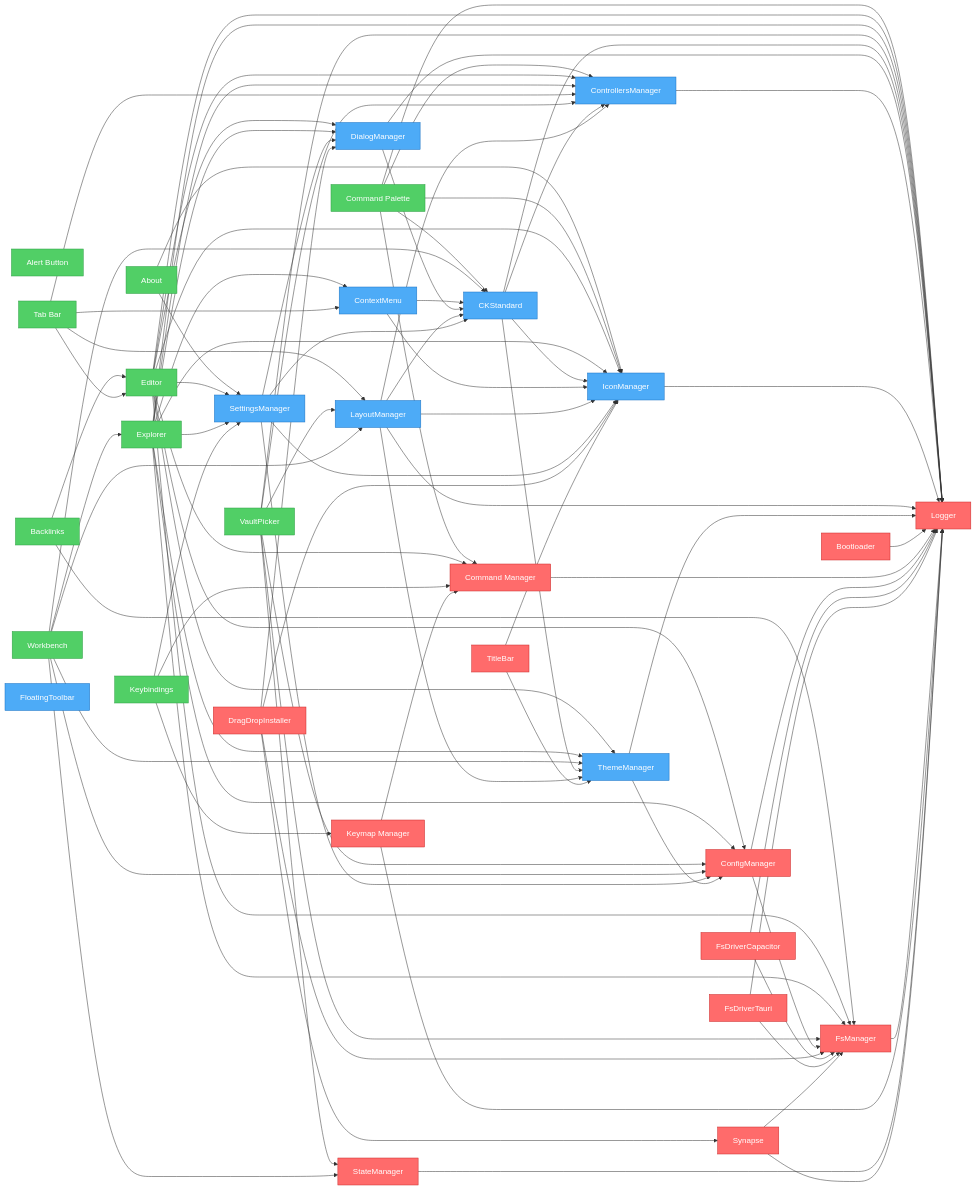
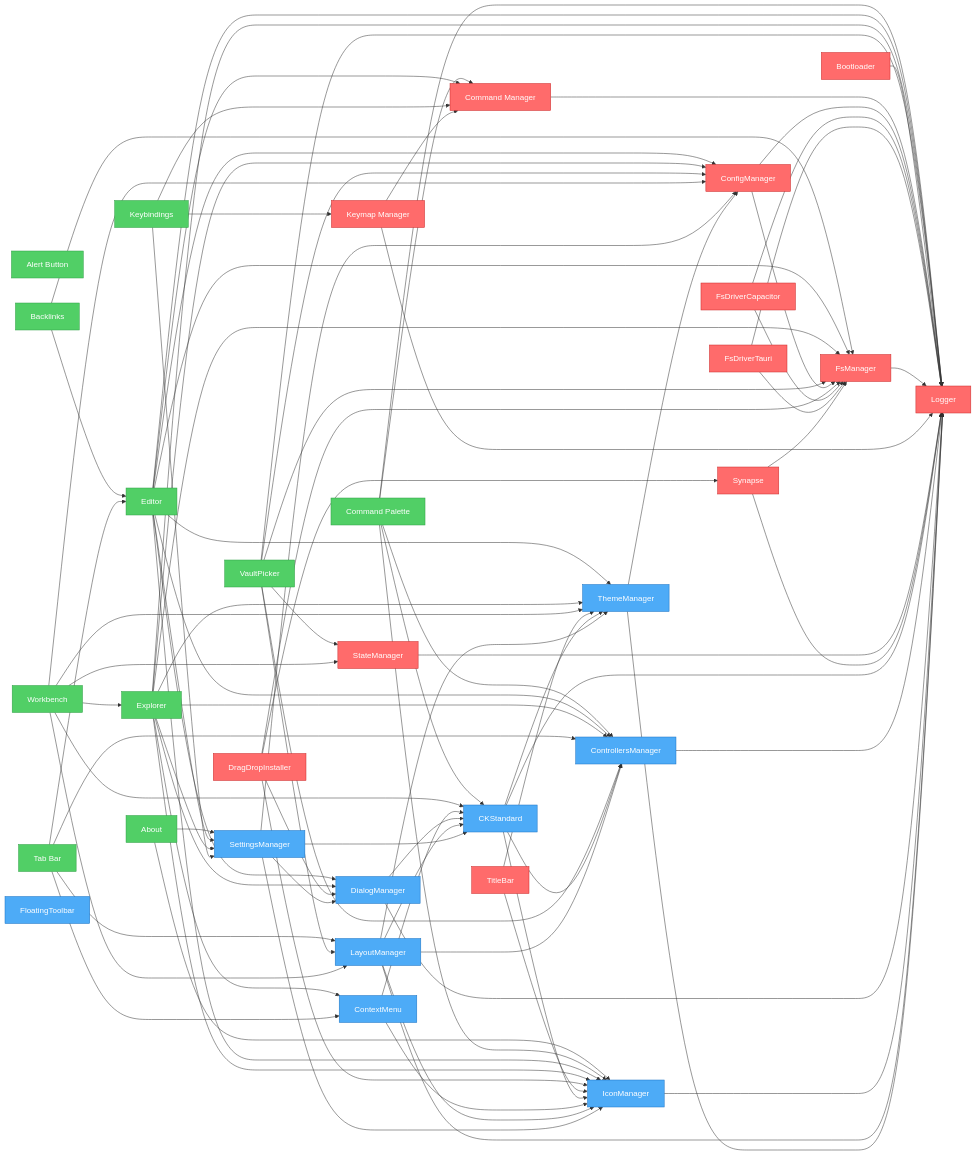
The diagram in artifacts/graph.mmd (khton-tech/notehub.md), drawn with Mermaid before and after one commit. The commit also changed 38 other files, not shown here.

Commit message:
feat: Introduce core editor layout, settings UI, and several new plugins including P2P sync, alert button, and keybindings.

```diff
--- a/artifacts/graph.mmd
+++ b/artifacts/graph.mmd
@@ -1,128 +1,128 @@
 flowchart LR
     nh_features_about["About"]
     nh_features_alert-button["Alert Button"]
+    nh_features_backlinks["Backlinks"]
     nh_features_command-palette["Command Palette"]
-    nh_features_backlinks["Backlinks"]
     nh_features_editor["Editor"]
     nh_features_explorer["Explorer"]
     nh_features_keybindings["Keybindings"]
     nh_features_tabbar["Tab Bar"]
     nh_features_vault-picker["VaultPicker"]
     nh_features_workbench["Workbench"]
-    nh_ui_ck-standard["CKStandard"]
-    nh_ui_context-menu["ContextMenu"]
-    nh_ui_dialog-manager["DialogManager"]
-    nh_ui_controllers-manager["ControllersManager"]
-    nh_ui_floating-toolbar["FloatingToolbar"]
-    nh_ui_icon-manager["IconManager"]
-    nh_ui_layout-manager["LayoutManager"]
-    nh_ui_settings-manager["SettingsManager"]
-    nh_ui_theme-manager["ThemeManager"]
     nh_system_bootloader["Bootloader"]
     nh_system_command-manager["Command Manager"]
     nh_system_config-manager["ConfigManager"]
     nh_system_drag-drop["DragDropInstaller"]
     nh_system_fs-driver-capacitor["FsDriverCapacitor"]
     nh_system_fs-driver-tauri["FsDriverTauri"]
     nh_system_fs-manager["FsManager"]
     nh_system_keymap["Keymap Manager"]
+    nh_system_state-manager["StateManager"]
     nh_system_logger["Logger"]
-    nh_system_state-manager["StateManager"]
     nh_system_synapse["Synapse"]
     nh_system_titlebar["TitleBar"]
+    nh_ui_ck-standard["CKStandard"]
+    nh_ui_context-menu["ContextMenu"]
+    nh_ui_controllers-manager["ControllersManager"]
+    nh_ui_dialog-manager["DialogManager"]
+    nh_ui_floating-toolbar["FloatingToolbar"]
+    nh_ui_icon-manager["IconManager"]
+    nh_ui_layout-manager["LayoutManager"]
+    nh_ui_settings-manager["SettingsManager"]
+    nh_ui_theme-manager["ThemeManager"]
     nh_features_about --> nh_ui_settings-manager
     nh_features_about --> nh_ui_icon-manager
+    nh_features_backlinks --> nh_features_editor
+    nh_features_backlinks --> nh_system_fs-manager
     nh_features_command-palette --> nh_system_command-manager
     nh_features_command-palette --> nh_system_logger
     nh_features_command-palette --> nh_ui_controllers-manager
     nh_features_command-palette --> nh_ui_ck-standard
     nh_features_command-palette --> nh_ui_icon-manager
-    nh_features_backlinks --> nh_features_editor
-    nh_features_backlinks --> nh_system_fs-manager
     nh_features_editor --> nh_system_config-manager
     nh_features_editor --> nh_system_command-manager
     nh_features_editor --> nh_ui_settings-manager
     nh_features_editor --> nh_system_fs-manager
     nh_features_editor --> nh_system_logger
     nh_features_editor --> nh_ui_controllers-manager
     nh_features_editor --> nh_ui_dialog-manager
     nh_features_editor --> nh_ui_icon-manager
     nh_features_editor --> nh_ui_theme-manager
     nh_features_explorer --> nh_system_config-manager
     nh_features_explorer --> nh_ui_settings-manager
     nh_features_explorer --> nh_system_fs-manager
     nh_features_explorer --> nh_system_logger
     nh_features_explorer --> nh_ui_controllers-manager
     nh_features_explorer --> nh_ui_icon-manager
     nh_features_explorer --> nh_ui_theme-manager
     nh_features_explorer --> nh_ui_context-menu
     nh_features_explorer --> nh_ui_dialog-manager
     nh_features_keybindings --> nh_ui_settings-manager
     nh_features_keybindings --> nh_system_command-manager
     nh_features_keybindings --> nh_system_keymap
     nh_features_tabbar --> nh_features_editor
     nh_features_tabbar --> nh_ui_controllers-manager
     nh_features_tabbar --> nh_ui_layout-manager
     nh_features_tabbar --> nh_ui_context-menu
     nh_features_vault-picker --> nh_system_fs-manager
     nh_features_vault-picker --> nh_system_config-manager
     nh_features_vault-picker --> nh_system_state-manager
     nh_features_vault-picker --> nh_system_logger
     nh_features_vault-picker --> nh_ui_controllers-manager
     nh_features_vault-picker --> nh_ui_layout-manager
     nh_features_workbench --> nh_system_config-manager
     nh_features_workbench --> nh_ui_layout-manager
     nh_features_workbench --> nh_ui_theme-manager
     nh_features_workbench --> nh_ui_ck-standard
     nh_features_workbench --> nh_system_state-manager
     nh_features_workbench --> nh_features_explorer
-    nh_ui_ck-standard --> nh_system_logger
-    nh_ui_ck-standard --> nh_ui_controllers-manager
-    nh_ui_ck-standard --> nh_ui_icon-manager
-    nh_ui_ck-standard --> nh_ui_theme-manager
-    nh_ui_context-menu --> nh_ui_icon-manager
-    nh_ui_context-menu --> nh_ui_ck-standard
-    nh_ui_dialog-manager --> nh_system_logger
-    nh_ui_dialog-manager --> nh_ui_ck-standard
-    nh_ui_controllers-manager --> nh_system_logger
-    nh_ui_icon-manager --> nh_system_logger
-    nh_ui_layout-manager --> nh_system_logger
-    nh_ui_layout-manager --> nh_ui_theme-manager
-    nh_ui_layout-manager --> nh_ui_icon-manager
-    nh_ui_layout-manager --> nh_ui_controllers-manager
-    nh_ui_layout-manager --> nh_ui_ck-standard
-    nh_ui_settings-manager --> nh_system_config-manager
-    nh_ui_settings-manager --> nh_ui_ck-standard
-    nh_ui_settings-manager --> nh_ui_icon-manager
-    nh_ui_settings-manager --> nh_ui_dialog-manager
-    nh_ui_theme-manager --> nh_system_logger
-    nh_ui_theme-manager --> nh_system_config-manager
     nh_system_bootloader --> nh_system_logger
     nh_system_command-manager --> nh_system_logger
     nh_system_config-manager --> nh_system_logger
     nh_system_config-manager --> nh_system_fs-manager
     nh_system_drag-drop --> nh_ui_icon-manager
     nh_system_drag-drop --> nh_ui_dialog-manager
     nh_system_drag-drop --> nh_system_fs-manager
     nh_system_drag-drop --> nh_system_synapse
     nh_system_fs-driver-capacitor --> nh_system_logger
     nh_system_fs-driver-capacitor --> nh_system_fs-manager
     nh_system_fs-driver-tauri --> nh_system_logger
     nh_system_fs-driver-tauri --> nh_system_fs-manager
     nh_system_fs-manager --> nh_system_logger
     nh_system_keymap --> nh_system_command-manager
     nh_system_keymap --> nh_system_logger
     nh_system_state-manager --> nh_system_logger
     nh_system_synapse --> nh_system_fs-manager
     nh_system_synapse --> nh_system_logger
     nh_system_titlebar --> nh_ui_icon-manager
     nh_system_titlebar --> nh_ui_theme-manager
+    nh_ui_ck-standard --> nh_system_logger
+    nh_ui_ck-standard --> nh_ui_controllers-manager
+    nh_ui_ck-standard --> nh_ui_icon-manager
+    nh_ui_ck-standard --> nh_ui_theme-manager
+    nh_ui_context-menu --> nh_ui_icon-manager
+    nh_ui_context-menu --> nh_ui_ck-standard
+    nh_ui_controllers-manager --> nh_system_logger
+    nh_ui_dialog-manager --> nh_system_logger
+    nh_ui_dialog-manager --> nh_ui_ck-standard
+    nh_ui_icon-manager --> nh_system_logger
+    nh_ui_layout-manager --> nh_system_logger
+    nh_ui_layout-manager --> nh_ui_theme-manager
+    nh_ui_layout-manager --> nh_ui_icon-manager
+    nh_ui_layout-manager --> nh_ui_controllers-manager
+    nh_ui_layout-manager --> nh_ui_ck-standard
+    nh_ui_settings-manager --> nh_system_config-manager
+    nh_ui_settings-manager --> nh_ui_ck-standard
+    nh_ui_settings-manager --> nh_ui_icon-manager
+    nh_ui_settings-manager --> nh_ui_dialog-manager
+    nh_ui_theme-manager --> nh_system_logger
+    nh_ui_theme-manager --> nh_system_config-manager
 
     %% Styles
     classDef system fill:#ff6b6b,stroke:#c92a2a,color:#fff
     classDef ui fill:#4dabf7,stroke:#1971c2,color:#fff
     classDef feature fill:#51cf66,stroke:#2f9e44,color:#fff
     class nh_features_about,nh_features_alert-button,nh_features_backlinks,nh_features_keybindings,nh_features_vault-picker feature
     class nh_features_command-palette,nh_features_editor,nh_features_explorer,nh_features_tabbar,nh_features_workbench feature
-    class nh_ui_ck-standard,nh_ui_context-menu,nh_ui_dialog-manager,nh_ui_controllers-manager,nh_ui_floating-toolbar,nh_ui_icon-manager,nh_ui_layout-manager,nh_ui_settings-manager,nh_ui_theme-manager ui
-    class nh_system_bootloader,nh_system_command-manager,nh_system_config-manager,nh_system_drag-drop,nh_system_fs-driver-capacitor,nh_system_fs-driver-tauri,nh_system_fs-manager,nh_system_keymap,nh_system_logger,nh_system_state-manager,nh_system_synapse,nh_system_titlebar system
+    class nh_system_bootloader,nh_system_command-manager,nh_system_config-manager,nh_system_drag-drop,nh_system_fs-driver-capacitor,nh_system_fs-driver-tauri,nh_system_fs-manager,nh_system_keymap,nh_system_state-manager,nh_system_logger,nh_system_synapse,nh_system_titlebar system
+    class nh_ui_ck-standard,nh_ui_context-menu,nh_ui_controllers-manager,nh_ui_dialog-manager,nh_ui_floating-toolbar,nh_ui_icon-manager,nh_ui_layout-manager,nh_ui_settings-manager,nh_ui_theme-manager ui
```
